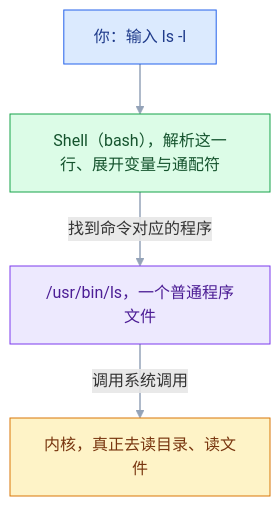
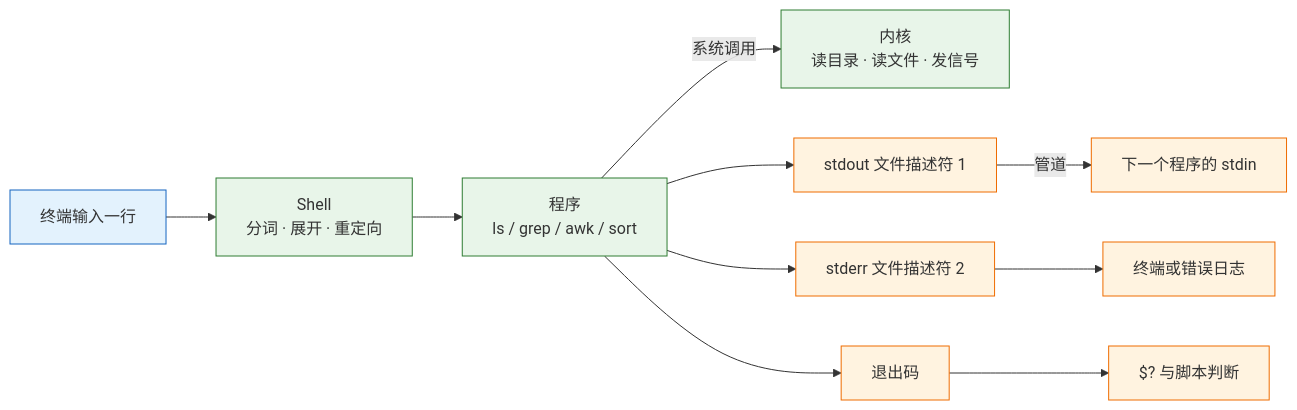
The first of 3 diagrams in blog/src/notes/07-运维/01-Linux系统/02-Linux核心命令.md (jimbosuper/studynotes), drawn with Mermaid before and after one commit. The commit also changed other lines of this file and 367 other files, not shown here.

````diff
--- a/blog/src/notes/07-运维/01-Linux系统/02-Linux核心命令.md
+++ b/blog/src/notes/07-运维/01-Linux系统/02-Linux核心命令.md
@@ -442,17 +48,18 @@
 ```mermaid
-flowchart TD
-    classDef a fill:#DBEAFE,stroke:#2563EB,color:#1E3A8A
-    classDef b fill:#DCFCE7,stroke:#16A34A,color:#14532D
-    classDef c fill:#FEF3C7,stroke:#D97706,color:#78350F
-    classDef d fill:#EDE9FE,stroke:#7C3AED,color:#4C1D95
-
-    U["你：输入 ls -l"]:::a
-    S["Shell（bash），解析这一行、展开变量与通配符"]:::b
-    K["内核，真正去读目录、读文件"]:::c
-    B["/usr/bin/ls，一个普通程序文件"]:::d
-
-    U --> S
-    S -->|"找到命令对应的程序"| B
-    B -->|"调用系统调用"| K
-    linkStyle default stroke:#94A3B8,stroke-width:1.5px
+flowchart LR
+    A["终端输入一行"] --> B["Shell<br/>分词 · 展开 · 重定向"]
+    B --> C["程序<br/>ls / grep / awk / sort"]
+    C -->|"系统调用"| D["内核<br/>读目录 · 读文件 · 发信号"]
+    C --> E["stdout 文件描述符 1"]
+    C --> F["stderr 文件描述符 2"]
+    C --> G["退出码"]
+    E -->|"管道"| H["下一个程序的 stdin"]
+    F --> I["终端或错误日志"]
+    G --> J["$? 与脚本判断"]
+    classDef client fill:#e3f2fd,stroke:#1565c0;
+    classDef engine fill:#e8f5e9,stroke:#2e7d32;
+    classDef image fill:#fff3e0,stroke:#ef6c00;
+    class A client
+    class B,C,D engine
+    class E,F,G,H,I,J image
 ```
````
